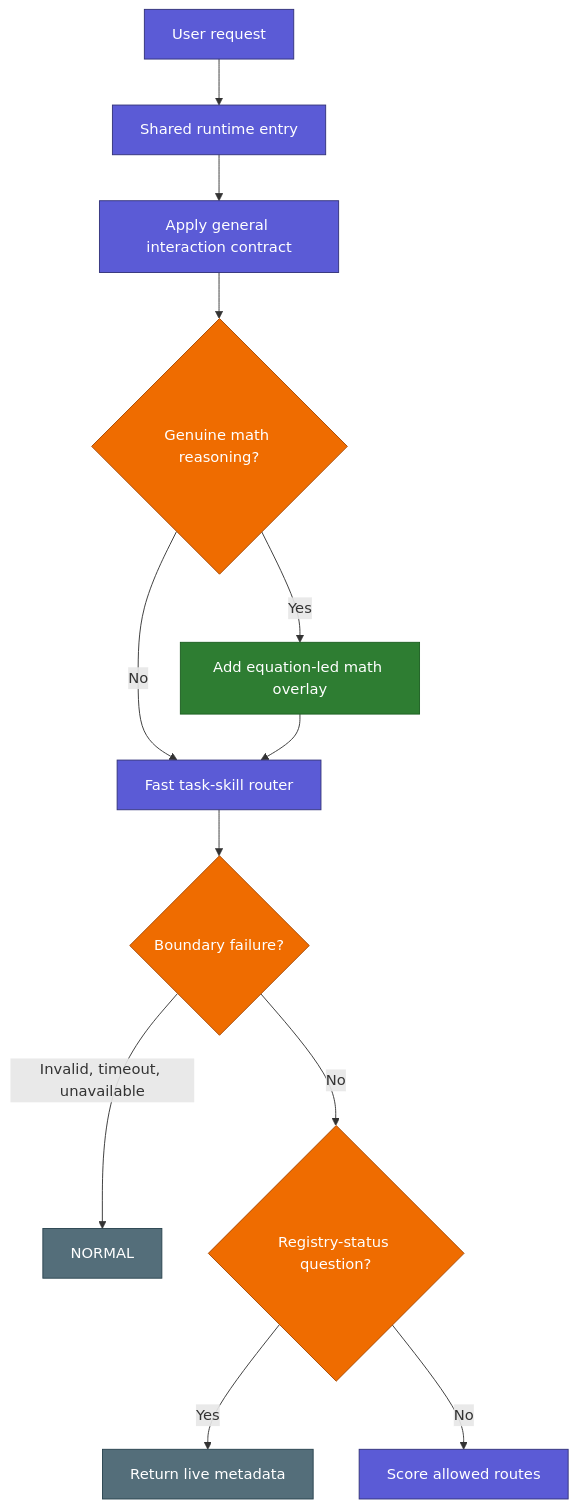
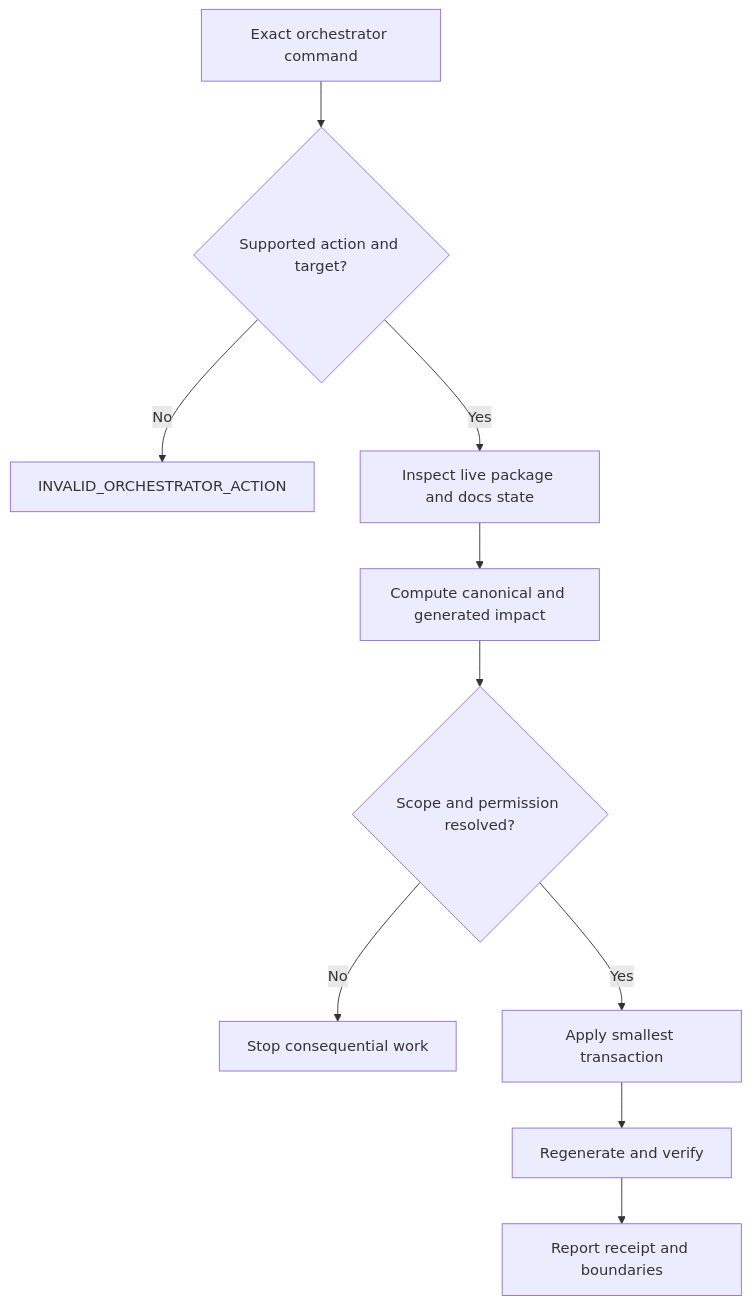
Before and after one commit to geekybobz/skills_ai: the second of 2 diagrams in docs/human/01_FOLLOW_A_REQUEST.md, drawn with Mermaid. The commit also changed other lines of this file and 173 other files, not shown here.

Commit message:
Record current model-led orchestrator and clean repository documentation

````diff
--- a/docs/human/01_FOLLOW_A_REQUEST.md
+++ b/docs/human/01_FOLLOW_A_REQUEST.md
@@ -13,23 +33,12 @@
 ```mermaid
 flowchart TD
-    U["User request"] --> E["Shared runtime entry"]
-    E --> P["Apply general interaction contract"]
-    P --> Y{"Genuine math reasoning?"}
-    Y -- "Yes" --> O["Add equation-led math overlay"]
-    Y -- "No" --> R["Fast task-skill router"]
-    O --> R
-    R --> B{"Boundary failure?"}
-    B -- "Invalid, timeout, unavailable" --> N["NORMAL"]
-    B -- "No" --> D{"Registry-status question?"}
-    D -- "Yes" --> M["Return live metadata"]
-    D -- "No" --> C["Score allowed routes"]
-
-    classDef route fill:#5B5BD6,color:#fff,stroke:#32327A
-    classDef decision fill:#EF6C00,color:#fff,stroke:#A64700
-    classDef safe fill:#2E7D32,color:#fff,stroke:#1B5E20
-    classDef normal fill:#546E7A,color:#fff,stroke:#29434E
-    class U,E,P,R,C route
-    class Y,B,D decision
-    class O safe
-    class N,M normal
+    C["Exact orchestrator command"] --> V{"Supported action and target?"}
+    V -- "No" --> F["INVALID_ORCHESTRATOR_ACTION"]
+    V -- "Yes" --> L["Inspect live package and docs state"]
+    L --> P["Compute canonical and generated impact"]
+    P --> B{"Scope and permission resolved?"}
+    B -- "No" --> H["Stop consequential work"]
+    B -- "Yes" --> E["Apply smallest transaction"]
+    E --> G["Regenerate and verify"]
+    G --> R["Report receipt and boundaries"]
 ```
````
